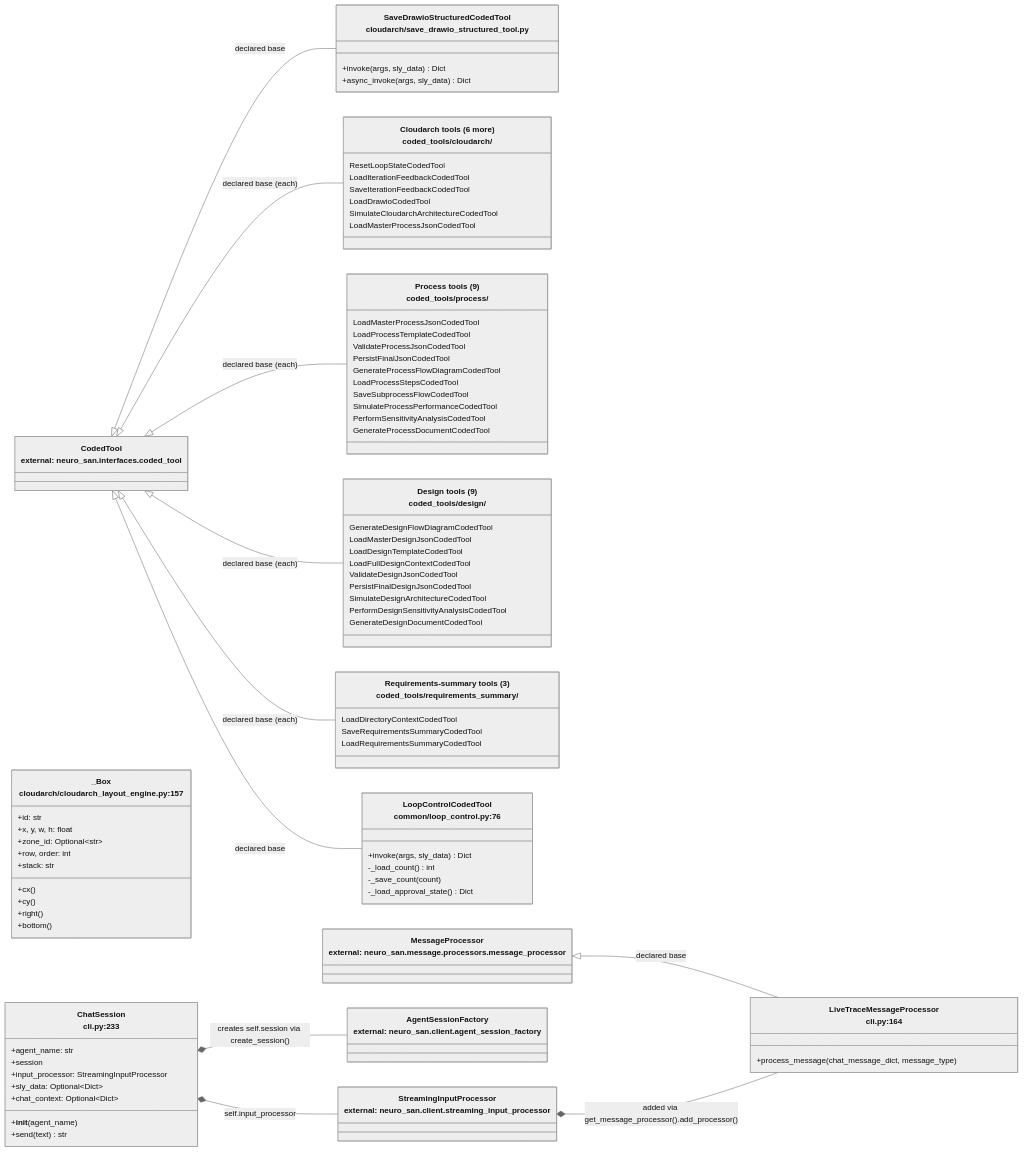
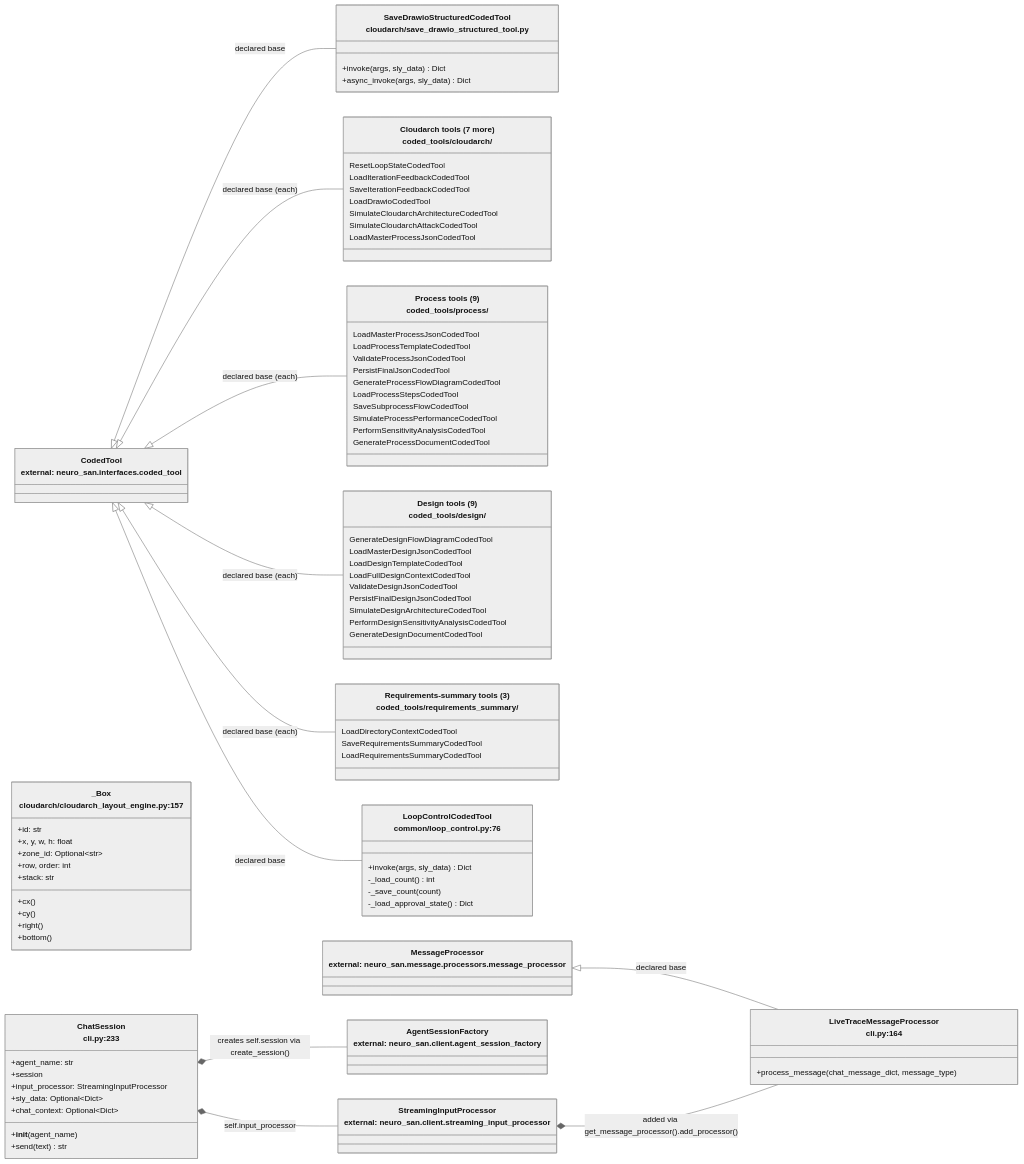
The diagram in samples/Neurosan/ProcessEngineering/codeDoc/application-classes.md (tpayne/agentic-ai-adk), drawn with Mermaid (neutral theme) before and after one commit. The commit also changed other lines of this file and 67 other files, not shown here.

First line of the commit message:
Fix concurrent-run state corruption, CloudArch schema ambiguity, and … (#94)

```diff
--- a/samples/Neurosan/ProcessEngineering/codeDoc/application-classes.md
+++ b/samples/Neurosan/ProcessEngineering/codeDoc/application-classes.md
@@ -26,12 +26,13 @@
         +async_invoke(args, sly_data) Dict
     }
 
-    class CloudarchTools["Cloudarch tools (6 more)<br/>coded_tools/cloudarch/"] {
+    class CloudarchTools["Cloudarch tools (7 more)<br/>coded_tools/cloudarch/"] {
         ResetLoopStateCodedTool
         LoadIterationFeedbackCodedTool
         SaveIterationFeedbackCodedTool
         LoadDrawioCodedTool
         SimulateCloudarchArchitectureCodedTool
+        SimulateCloudarchAttackCodedTool
         LoadMasterProcessJsonCodedTool
     }
     class ProcessTools["Process tools (9)<br/>coded_tools/process/"] {
```
